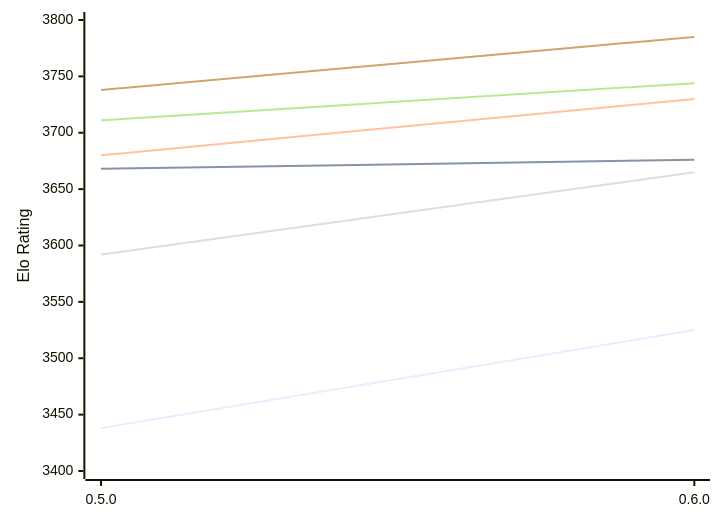
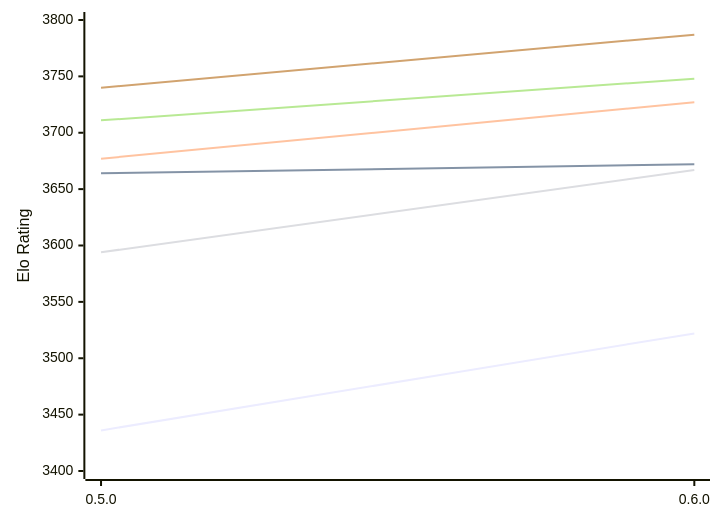
Before and after one commit to computer-chess-index/cci: the diagram in engines/Incipit.md, drawn with Mermaid. The commit also changed other lines of this file, not shown here.

Commit message:
Update CCI Ratings (ELO VLTC) - 2026-11-09

````diff
--- a/engines/Incipit.md
+++ b/engines/Incipit.md
@@ -49,12 +49,12 @@
 ```mermaid
 %%{init: {"theme":"base","themeVariables":{"seriesColors:['#a3a3a3','#222221','#faa371']}}}%%
 xychart-beta
   x-axis ["0.5.0", "0.6.0"]
   y-axis "Elo Rating" 3400 --> 3800
-  line "E1: STC (8.0+0.08s)" [3438, 3525]
-  line "E1: LTC (60.0+0.60s)" [3668, 3676]
-  line "E1: VLTC (2m24s+1.12s)" [3680, 3730]
-  line "P1: STC (8.0+0.08s)" [3592, 3665]
-  line "P1: LTC (60.0+0.60s)" [3711, 3744]
-  line "P1: VLTC (2m24s+1.12s)" [3738, 3785]
+  line "E1: STC (8.0+0.08s)" [3436, 3522]
+  line "E1: LTC (60.0+0.60s)" [3664, 3672]
+  line "E1: VLTC (2m24s+1.12s)" [3677, 3727]
+  line "P1: STC (8.0+0.08s)" [3594, 3667]
+  line "P1: LTC (60.0+0.60s)" [3711, 3748]
+  line "P1: VLTC (2m24s+1.12s)" [3740, 3787]
 ```
````
